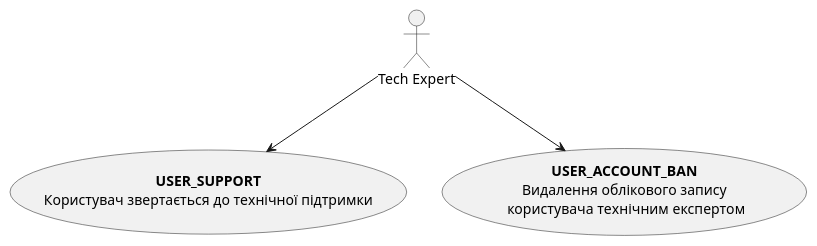
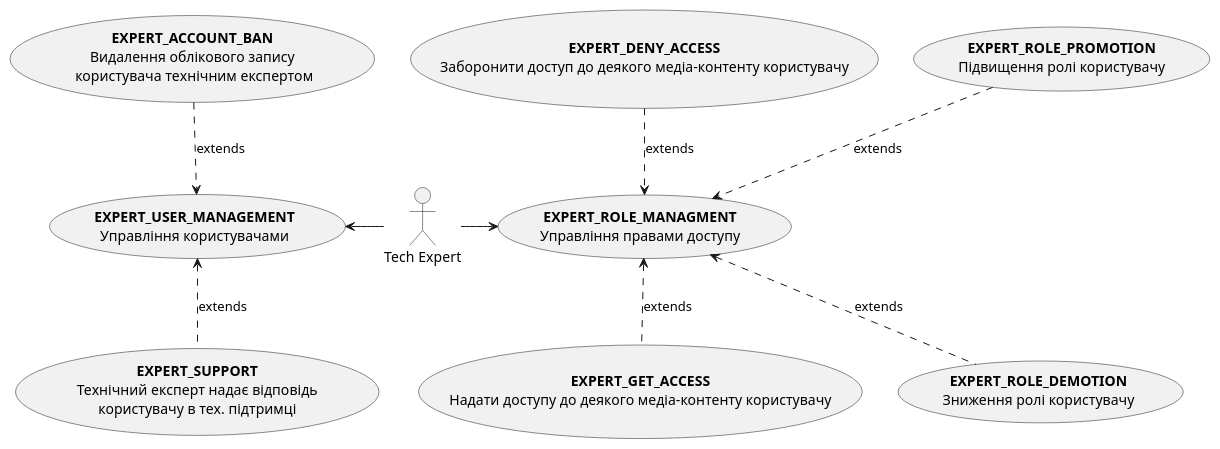
One commit to zhkcll/lab6 changed the fourth of 17 diagrams in docs/use_cases.md. Above: the diagram before and after it, drawn with PlantUML. The commit also changed other lines of this file, not shown here.

````diff
--- a/docs/use_cases.md
+++ b/docs/use_cases.md
@@ -98,12 +126,25 @@
 ```plantuml
 @startuml
 
     actor "Tech Expert" as Expert
 
-    usecase "<b>USER_SUPPORT</b>\nКористувач звертається до технічної підтримки" as UC_9
-    usecase "<b>USER_ACCOUNT_BAN</b>\nВидалення облікового запису\n користувача технічним експертом" as UC_10
+    usecase "<b>EXPERT_USER_MANAGEMENT</b>\nУправління користувачами" as UC_0.1
+    usecase "<b>EXPERT_ROLE_MANAGMENT</b>\nУправління правами доступу" as UC_0.2
+    usecase "<b>EXPERT_SUPPORT</b>\nТехнічний експерт надає відповідь\nкористувачу в тех. підтримці" as UC_9
+    usecase "<b>EXPERT_ACCOUNT_BAN</b>\nВидалення облікового запису\n користувача технічним експертом" as UC_10
+    usecase "<b>EXPERT_ROLE_DEMOTION</b>\nЗниження ролі користувачу" as UC_11
+    usecase "<b>EXPERT_ROLE_PROMOTION</b>\nПідвищення ролі користувачу" as UC_12
+    usecase "<b>EXPERT_GET_ACCESS</b>\nНадати доступу до деякого медіа-контенту користувачу" as UC_13
+    usecase "<b>EXPERT_DENY_ACCESS</b>\nЗаборонити доступ до деякого медіа-контенту користувачу" as UC_14
 
-    Expert -d-> UC_9
-    Expert -d-> UC_10
+    Expert -l-> UC_0.1
+    Expert -r-> UC_0.2
+
+    UC_9 .u.> UC_0.1 : extends
+    UC_10 .d.> UC_0.1 : extends
+    UC_11 .u.> UC_0.2 : extends
+    UC_12 .d.> UC_0.2 : extends
+    UC_13 .u.> UC_0.2 : extends
+    UC_14 .d.> UC_0.2 : extends
 @enduml
 ```
````
